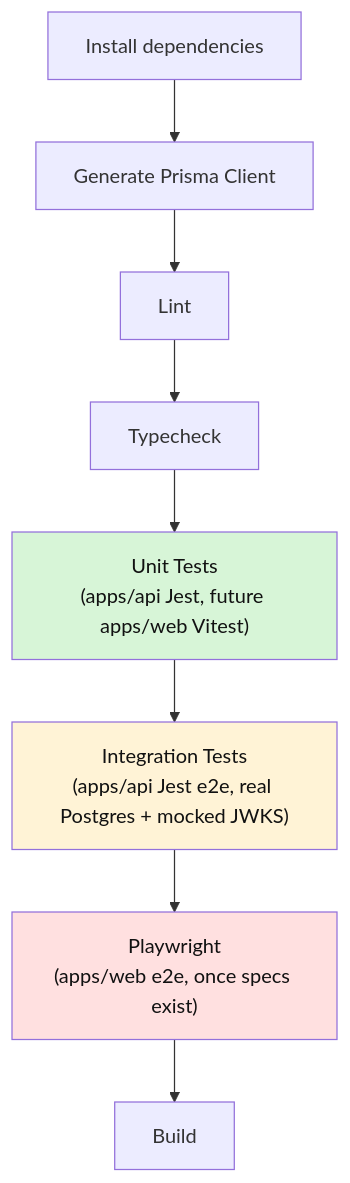
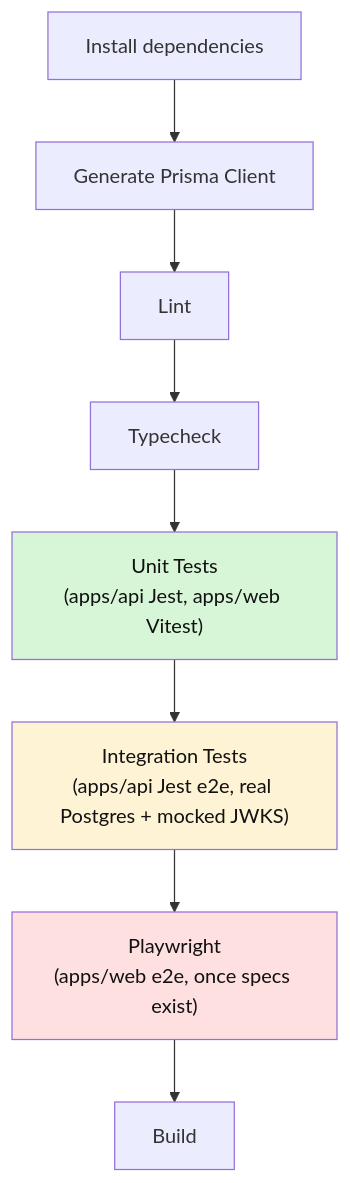
One commit to lakhaniyash/Smartsense-marketplace changed the second of 2 diagrams in docs/testing.md. Above: the diagram before and after it, drawn with Mermaid. The commit also changed other lines of this file and 135 other files, not shown here.

````diff
--- a/docs/testing.md
+++ b/docs/testing.md
@@ -366,14 +365,14 @@
 ```mermaid
 flowchart TD
     A["Install dependencies"] --> B["Generate Prisma Client"]
     B --> C["Lint"]
     C --> D["Typecheck"]
-    D --> E["Unit Tests<br/>(apps/api Jest, future apps/web Vitest)"]
+    D --> E["Unit Tests<br/>(apps/api Jest, apps/web Vitest)"]
     E --> F["Integration Tests<br/>(apps/api Jest e2e, real Postgres + mocked JWKS)"]
     F --> G["Playwright<br/>(apps/web e2e, once specs exist)"]
     G --> H["Build"]
 
     style E fill:#d7f5d7,color:#111
     style F fill:#fff3d6,color:#111
     style G fill:#ffe0e0,color:#111
 ```
````
